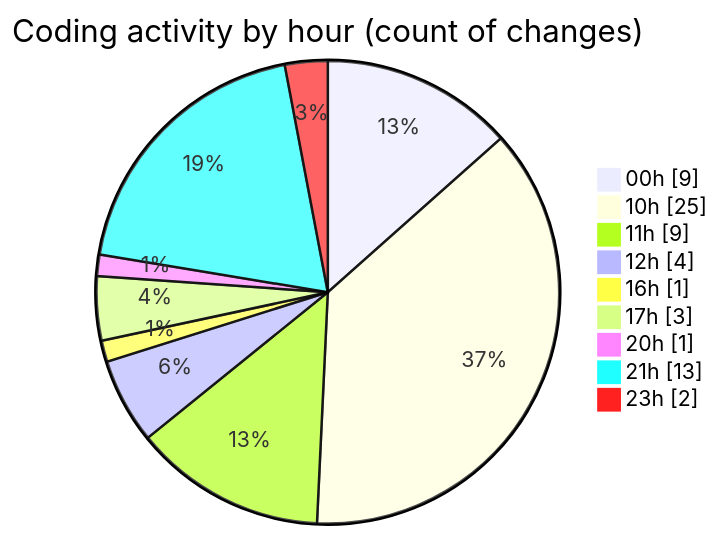
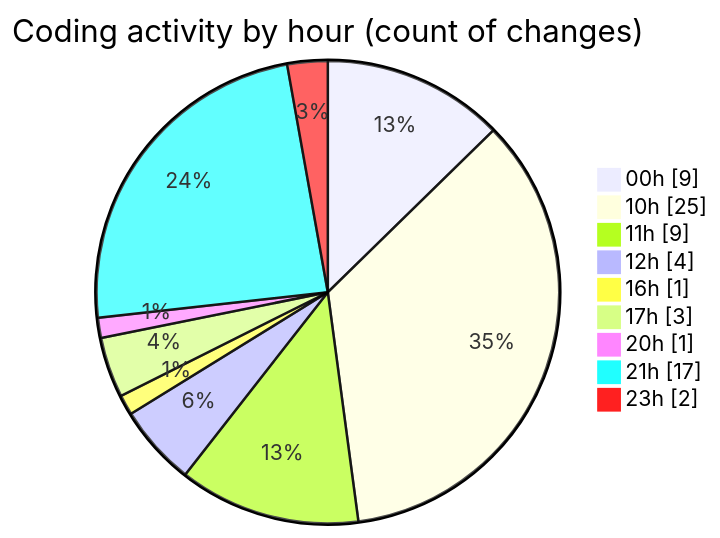
Before and after one commit to julien-gomy/code-tracking: the second of 2 diagrams in 2025-11-15/cdp_aleoudev_fr__workspace_/README.md, drawn with Mermaid. The commit also changed other lines of this file and 1 other file, not shown here.

````diff
--- a/2025-11-15/cdp_aleoudev_fr__workspace_/README.md
+++ b/2025-11-15/cdp_aleoudev_fr__workspace_/README.md
@@ -38,13 +39,13 @@
 ```mermaid
 pie showData
 title Coding activity by hour (count of changes)
 "00h" : 9
 "10h" : 25
 "11h" : 9
 "12h" : 4
 "16h" : 1
 "17h" : 3
 "20h" : 1
-"21h" : 13
+"21h" : 17
 "23h" : 2
 ```
````
